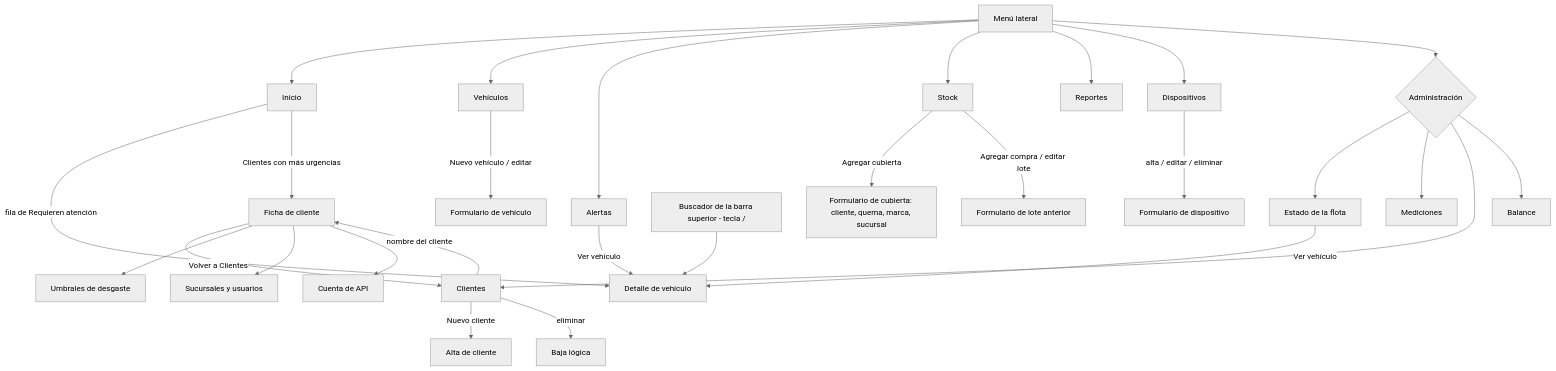
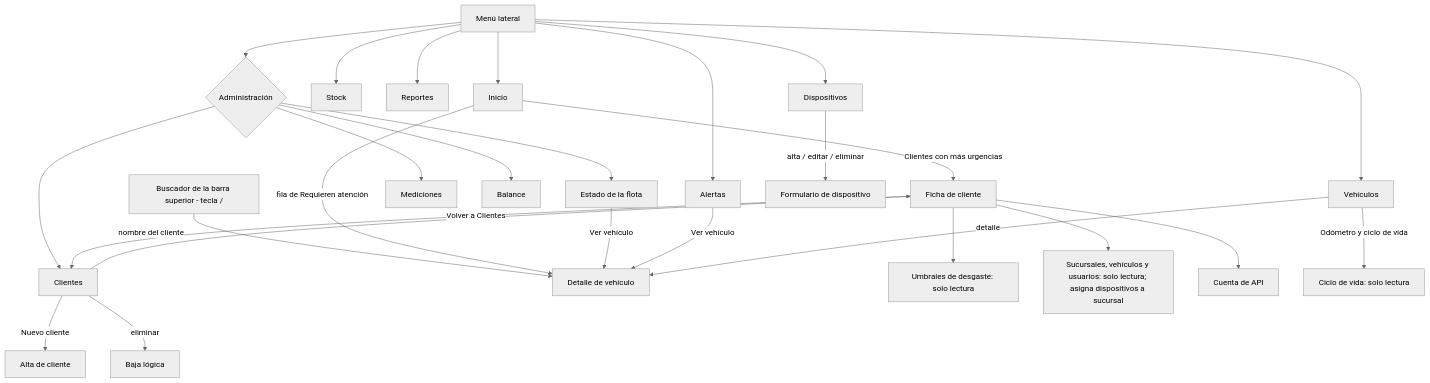
The second of 2 diagrams in docs/12-mapa-navegacion.md (EM-Organization/Neumet-Gestion), drawn with Mermaid (neutral theme) before and after one commit. The commit also changed other lines of this file and 13 other files, not shown here.

Commit message:
F10: PR 86 ronda 1: el equipo Neumet no ve acciones de escritura en ciclo de vida ni en el detalle del vehículo; docs al día

````diff
--- a/docs/12-mapa-navegacion.md
+++ b/docs/12-mapa-navegacion.md
@@ -105,30 +105,29 @@
 ```mermaid
 flowchart TD
   M[Menú lateral] --> I[Inicio]
   M --> V[Vehículos]
   M --> A[Alertas]
   M --> S[Stock]
   M --> R[Reportes]
   M --> D[Dispositivos]
   M --> AD{Administración}
   AD --> F[Estado de la flota]
   AD --> ME[Mediciones]
   AD --> C[Clientes]
   AD --> B[Balance]
   B0[Buscador de la barra superior - tecla /] --> VD[Detalle de vehículo]
   I -->|fila de Requieren atención| VD
   I -->|Clientes con más urgencias| FI[Ficha de cliente]
   F -->|Ver vehículo| VD
   A -->|Ver vehículo| VD
   C -->|nombre del cliente| FI
   C -->|Nuevo cliente| CN[Alta de cliente]
   C -->|eliminar| BL[Baja lógica]
   FI -->|Volver a Clientes| C
-  FI --> U[Umbrales de desgaste]
-  FI --> SE[Sucursales y usuarios]
+  FI --> U[Umbrales de desgaste: solo lectura]
+  FI --> SE[Sucursales, vehículos y usuarios: solo lectura; asigna dispositivos a sucursal]
   FI --> API[Cuenta de API]
-  V -->|Nuevo vehículo / editar| VM[Formulario de vehículo]
-  S -->|Agregar cubierta| SC[Formulario de cubierta: cliente, quema, marca, sucursal]
-  S -->|Agregar compra / editar lote| SM[Formulario de lote anterior]
+  V -->|detalle| VD
+  V -->|Odómetro y ciclo de vida| OD[Ciclo de vida: solo lectura]
   D -->|alta / editar / eliminar| DM[Formulario de dispositivo]
 ```
````
